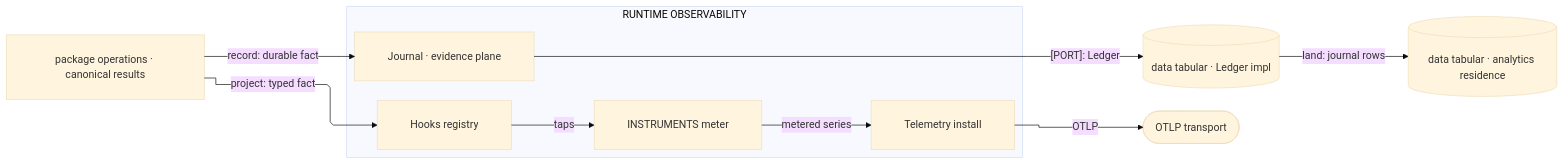
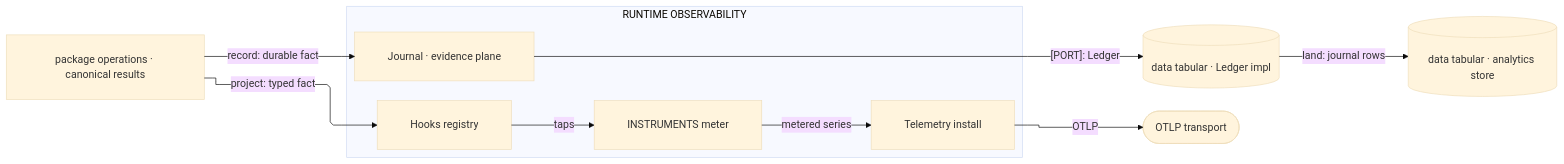
The fourth of 4 diagrams in libs/python/.planning/ARCHITECTURE.md (bsamiee/Rasm), drawn with Mermaid (base theme) before and after one commit. The commit also changed other lines of this file and 1997 other files, not shown here.

````diff
--- a/libs/python/.planning/ARCHITECTURE.md
+++ b/libs/python/.planning/ARCHITECTURE.md
@@ -149,29 +149,29 @@
 ```mermaid
 ---
 config:
   layout: elk
   flowchart:
     curve: linear
     padding: 25
 ---
 flowchart LR
     accTitle: Python branch observability spine
     accDescr: Package results project into runtime observability while durable facts enter the Ledger-bound journal.
     Results[package operations · canonical results]
     subgraph runtime[RUNTIME OBSERVABILITY]
         Hooks[Hooks registry]
         Instruments[INSTRUMENTS meter]
         Journal[Journal · evidence plane]
         Telemetry[Telemetry install]
     end
     Ledger[(data tabular · Ledger impl)]
-    Residence[(data tabular · analytics residence)]
+    Store[(data tabular · analytics store)]
     Egress([OTLP transport])
     Results e1@-->|"project: typed fact"| Hooks
     Results e7@-->|"record: durable fact"| Journal
     Hooks e3@-->|"taps"| Instruments
     Journal e8@-->|"[PORT]: Ledger"| Ledger
-    Ledger e9@-->|"land: journal rows"| Residence
+    Ledger e9@-->|"land: journal rows"| Store
     Instruments e5@-->|"metered series"| Telemetry
     Telemetry e6@-->|"OTLP"| Egress
 ```
````
